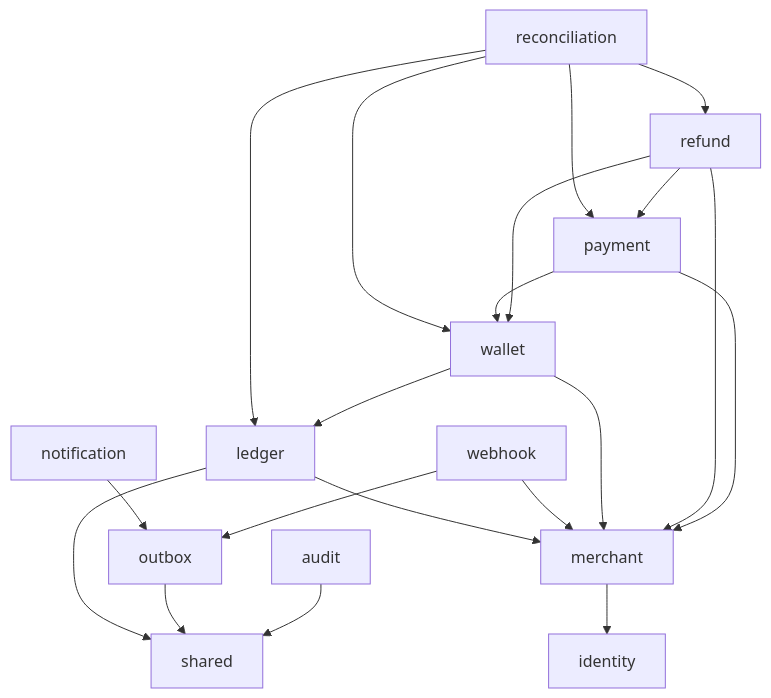
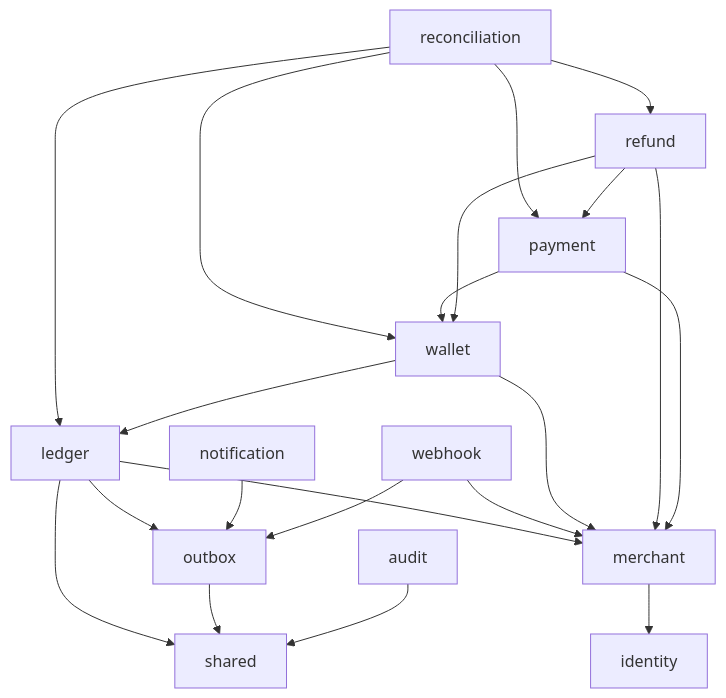
The first of 2 diagrams in docs/ARCHITECTURE.md (pranjalgram/LedgerFlow), drawn with Mermaid before and after one commit. The commit also changed 16 other files, not shown here.

````diff
--- a/docs/ARCHITECTURE.md
+++ b/docs/ARCHITECTURE.md
@@ -13,22 +13,23 @@
 ```mermaid
 flowchart TD
   refund --> payment
   refund --> wallet
   payment --> wallet
   wallet --> ledger
   payment --> merchant
   refund --> merchant
   wallet --> merchant
   merchant --> identity
   webhook --> merchant
   webhook --> outbox
   notification --> outbox
   reconciliation --> ledger
   reconciliation --> payment
   reconciliation --> refund
   reconciliation --> wallet
   audit --> shared
   outbox --> shared
   ledger --> shared
   ledger --> merchant
+  ledger --> outbox
 ```
````
